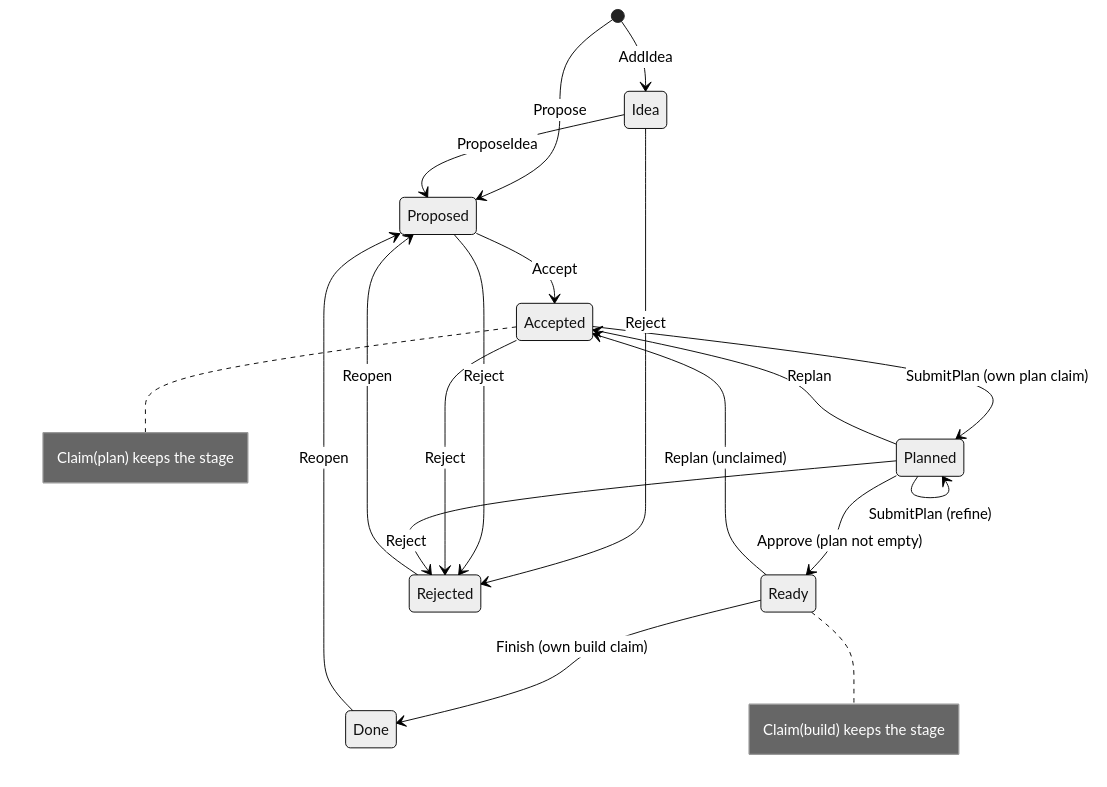
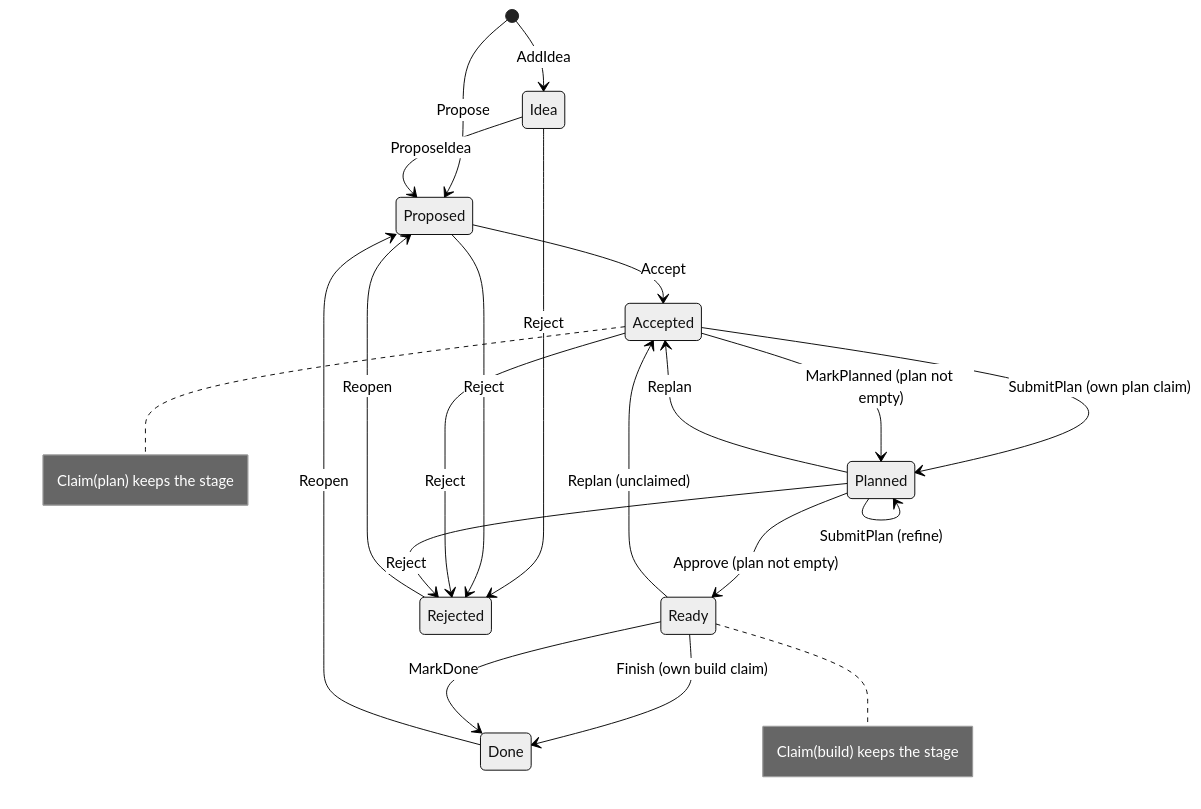
The second of 8 diagrams in docs/ARCHITECTURE.md (griasdi/schwitzer), drawn with Mermaid (neutral theme) before and after one commit. The commit also changed other lines of this file and 6 other files, not shown here.

First line of the commit message:
Let humans mark a plan as handed in and a build as done

````diff
--- a/docs/ARCHITECTURE.md
+++ b/docs/ARCHITECTURE.md
@@ -101,21 +101,23 @@
 ```mermaid
 stateDiagram-v2
     [*] --> Idea: AddIdea
     [*] --> Proposed: Propose
     Idea --> Proposed: ProposeIdea
     Proposed --> Accepted: Accept
     Accepted --> Planned: SubmitPlan (own plan claim)
+    Accepted --> Planned: MarkPlanned (plan not empty)
     Planned --> Planned: SubmitPlan (refine)
     Planned --> Ready: Approve (plan not empty)
     Planned --> Accepted: Replan
     Ready --> Accepted: Replan (unclaimed)
     Ready --> Done: Finish (own build claim)
+    Ready --> Done: MarkDone
     Idea --> Rejected: Reject
     Proposed --> Rejected: Reject
     Accepted --> Rejected: Reject
     Planned --> Rejected: Reject
     Done --> Proposed: Reopen
     Rejected --> Proposed: Reopen
     note right of Accepted: Claim(plan) keeps the stage
     note right of Ready: Claim(build) keeps the stage
 ```
````
